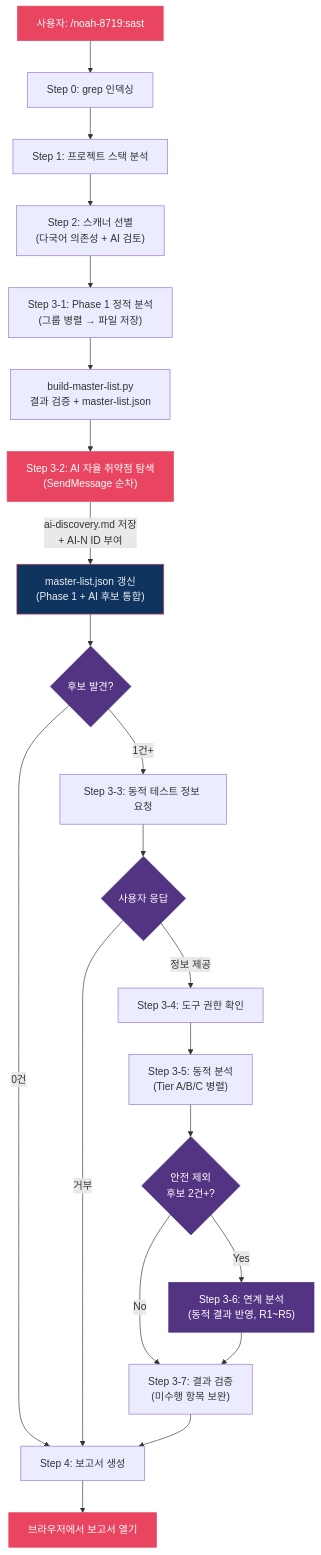
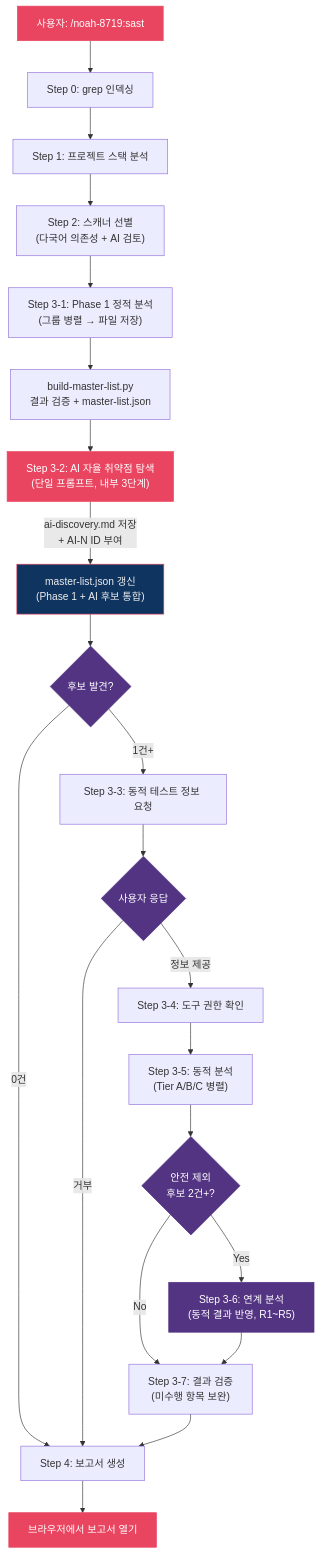
One commit to nomarlhack/noah-sast changed the first of 5 diagrams in README.md. Above: the diagram before and after it, drawn with Mermaid. The commit also changed other lines of this file, not shown here.

````diff
--- a/README.md
+++ b/README.md
@@ -38,32 +38,32 @@
 ```mermaid
 flowchart TD
     User["사용자: /noah-8719:sast"] --> S0["Step 0: grep 인덱싱"]
     S0 --> S1["Step 1: 프로젝트 스택 분석"]
     S1 --> S2["Step 2: 스캐너 선별\n(다국어 의존성 + AI 검토)"]
     S2 --> S3["Step 3-1: Phase 1 정적 분석\n(그룹 병렬 → 파일 저장)"]
     S3 --> BML2["build-master-list.py\n결과 검증 + master-list.json"]
-    BML2 --> AI["Step 3-2: AI 자율 취약점 탐색\n(SendMessage 순차)"]
+    BML2 --> AI["Step 3-2: AI 자율 취약점 탐색\n(단일 프롬프트, 내부 3단계)"]
     AI -->|"ai-discovery.md 저장\n+ AI-N ID 부여"| MLUpdate2["master-list.json 갱신\n(Phase 1 + AI 후보 통합)"]
     MLUpdate2 --> Check{후보 발견?}
     Check -->|0건| S4["Step 4: 보고서 생성"]
     Check -->|1건+| Ask["Step 3-3: 동적 테스트 정보 요청"]
     Ask --> UserReply{사용자 응답}
     UserReply -->|정보 제공| Perm["Step 3-4: 도구 권한 확인"]
     UserReply -->|거부| S4
     Perm --> Dynamic["Step 3-5: 동적 분석\n(Tier A/B/C 병렬)"]
     Dynamic --> ChainCheck{"안전 제외\n후보 2건+?"}
     ChainCheck -->|Yes| Chain["Step 3-6: 연계 분석\n(동적 결과 반영, R1~R5)"]
     ChainCheck -->|No| Verify
     Chain --> Verify["Step 3-7: 결과 검증\n(미수행 항목 보완)"]
     Verify --> S4
     S4 --> Open["브라우저에서 보고서 열기"]
 
     style User fill:#e94560,stroke:#e94560,color:#fff
     style AI fill:#e94560,stroke:#e94560,color:#fff
     style MLUpdate2 fill:#0f3460,stroke:#e94560,color:#eee
     style Chain fill:#533483,stroke:#533483,color:#fff
     style Open fill:#e94560,stroke:#e94560,color:#fff
     style Check fill:#533483,stroke:#533483,color:#fff
     style ChainCheck fill:#533483,stroke:#533483,color:#fff
     style UserReply fill:#533483,stroke:#533483,color:#fff
 ```
````
